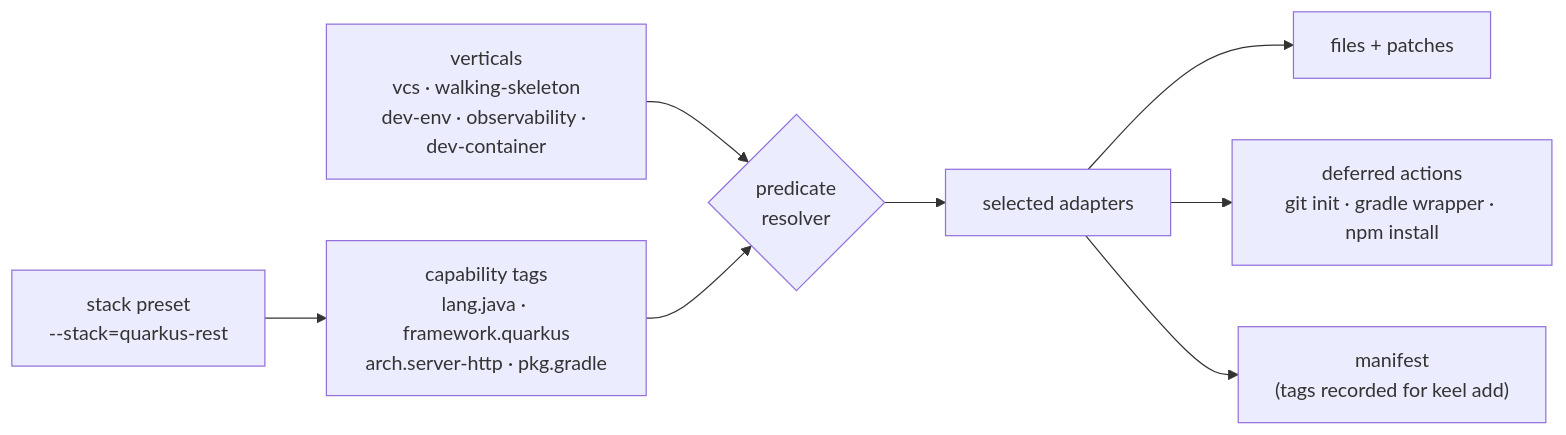
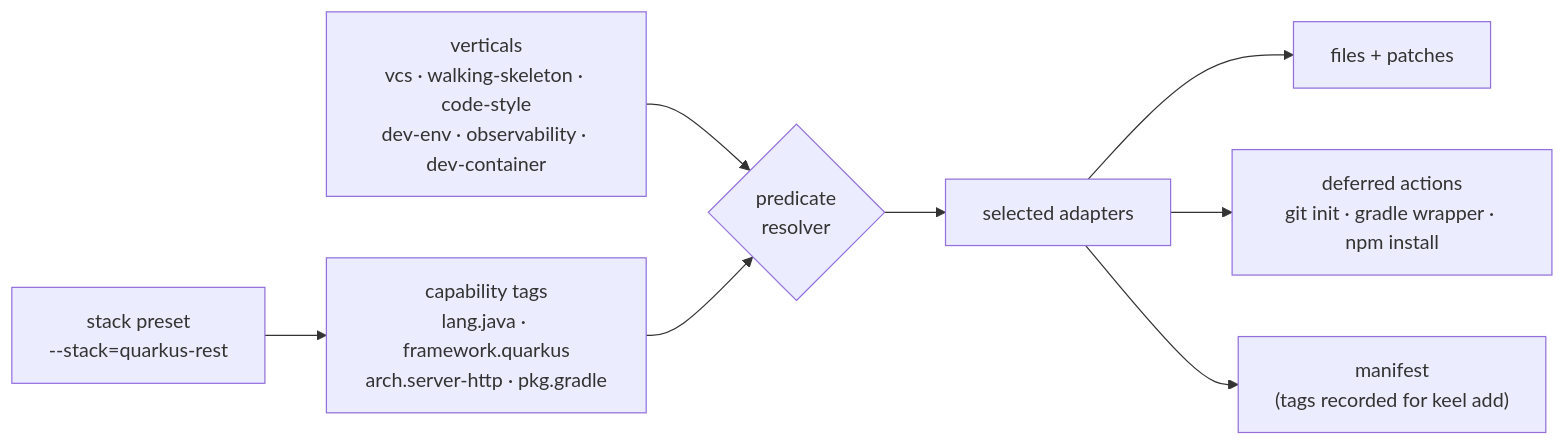
The diagram in README.md (rgoussu-dev/Keel), drawn with Mermaid before and after one commit. The commit also changed other lines of this file and 6 other files, not shown here.

````diff
--- a/README.md
+++ b/README.md
@@ -273,10 +273,10 @@
 ```mermaid
 flowchart LR
   S["stack preset<br/>--stack=quarkus-rest"] --> T["capability tags<br/>lang.java · framework.quarkus<br/>arch.server-http · pkg.gradle"]
-  V["verticals<br/>vcs · walking-skeleton<br/>dev-env · observability · dev-container"] --> R
+  V["verticals<br/>vcs · walking-skeleton · code-style<br/>dev-env · observability · dev-container"] --> R
   T --> R{"predicate<br/>resolver"}
   R --> A["selected adapters"]
   A --> F["files + patches"]
   A --> D["deferred actions<br/>git init · gradle wrapper · npm install"]
   A --> M["manifest<br/>(tags recorded for keel add)"]
 ```
````
